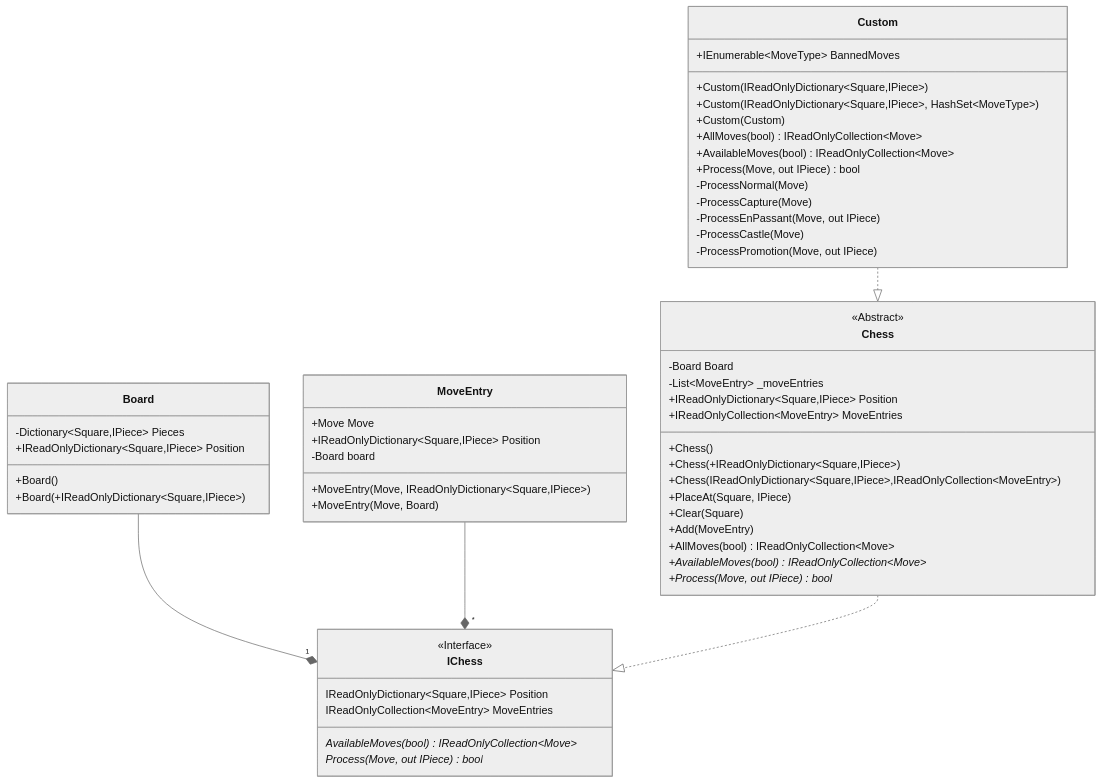
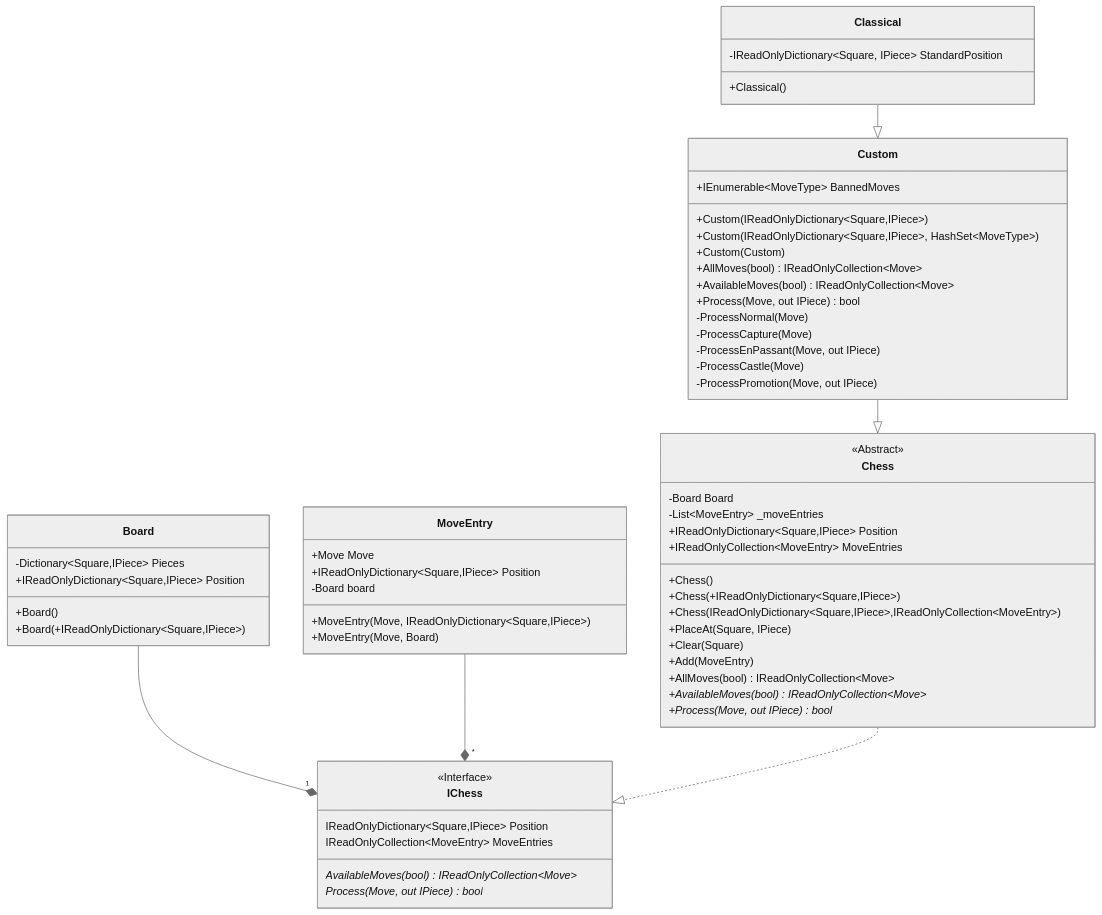
The diagram in UML Diagram/Core/Chess.md (JeanLColombo/Mate), drawn with Mermaid (neutral theme) before and after one commit. The commit also changed 4 other files, not shown here.

Commit message:
Implementing classical chess

````diff
--- a/UML Diagram/Core/Chess.md
+++ b/UML Diagram/Core/Chess.md
@@ -1,57 +1,62 @@
 ```mermaid
     classDiagram
     class IChess{
         <<Interface>>
         IReadOnlyDictionary~Square,IPiece~ Position
         IReadOnlyCollection~MoveEntry~ MoveEntries
         AvailableMoves(bool)* IReadOnlyCollection~Move~
         Process(Move, out IPiece)* bool
     }
     class Chess{
         <<Abstract>>
         -Board Board
         -List~MoveEntry~ _moveEntries
         +IReadOnlyDictionary~Square,IPiece~ Position
         +IReadOnlyCollection~MoveEntry~ MoveEntries
         +Chess()
         +Chess(+IReadOnlyDictionary~Square,IPiece~)
         +Chess(IReadOnlyDictionary~Square,IPiece~,IReadOnlyCollection~MoveEntry~)
         +PlaceAt(Square, IPiece) 
         +Clear(Square)
         +Add(MoveEntry) 
         +AllMoves(bool) IReadOnlyCollection~Move~
         +AvailableMoves(bool)* IReadOnlyCollection~Move~
         +Process(Move, out IPiece)* bool
     }
     class Board{
         -Dictionary~Square,IPiece~ Pieces
         +IReadOnlyDictionary~Square,IPiece~ Position 
         +Board()
         +Board(+IReadOnlyDictionary~Square,IPiece~)
     }
     class MoveEntry{
         +Move Move
         +IReadOnlyDictionary~Square,IPiece~ Position
         -Board board
         +MoveEntry(Move, IReadOnlyDictionary~Square,IPiece~)
         +MoveEntry(Move, Board)
     }
     class Custom{
         +IEnumerable~MoveType~ BannedMoves
         +Custom(IReadOnlyDictionary~Square,IPiece~)
         +Custom(IReadOnlyDictionary~Square,IPiece~, HashSet~MoveType~)
         +Custom(Custom)
         +AllMoves(bool) IReadOnlyCollection~Move~
         +AvailableMoves(bool) IReadOnlyCollection~Move~
         +Process(Move, out IPiece) bool
         -ProcessNormal(Move)
         -ProcessCapture(Move)
         -ProcessEnPassant(Move, out IPiece)
         -ProcessCastle(Move)
         -ProcessPromotion(Move, out IPiece)
     }
+    class Classical{
+        -IReadOnlyDictionary~Square, IPiece~ StandardPosition
+        +Classical()
+    }
     Board --* "1" IChess
     MoveEntry --* "*" IChess
     Chess ..|> IChess
-    Custom ..|> Chess
+    Custom --|> Chess
+    Classical --|> Custom
 ```
````
